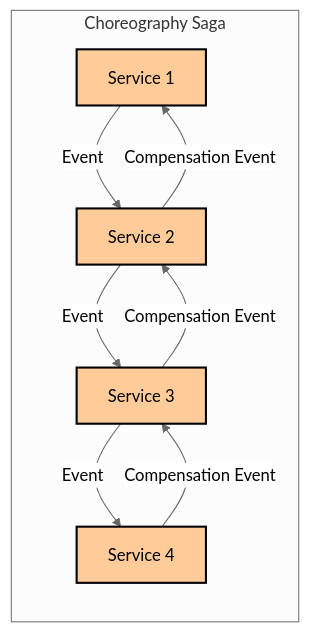
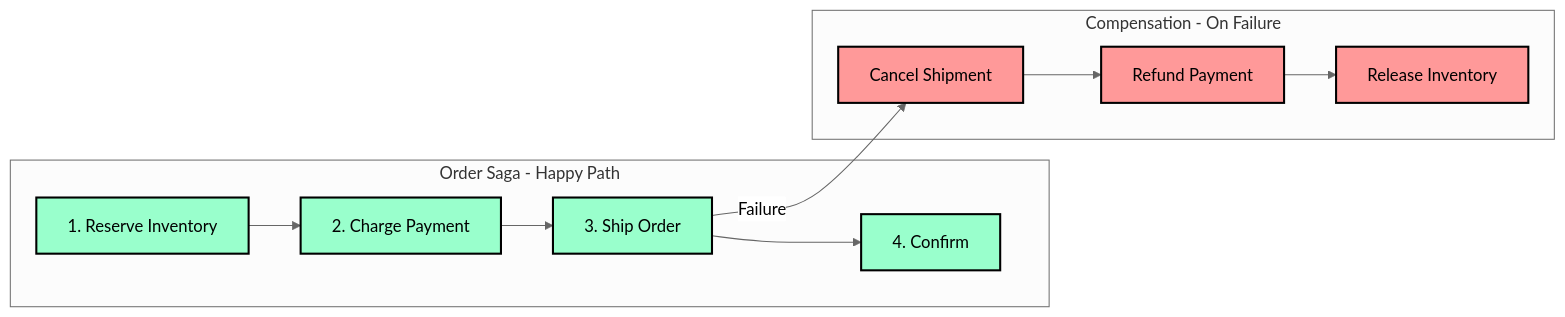
Before and after one commit to sujeet-pro/legacy-personal-site: the seventh of 8 diagrams in v4/content/articles/programming-patterns/javascript-patterns/async-queue-pattern/README.md, drawn with Mermaid (neutral theme). The commit also changed other lines of this file and 115 other files, not shown here.

````diff
--- a/v4/content/articles/programming-patterns/javascript-patterns/async-queue-pattern/README.md
+++ b/v4/content/articles/programming-patterns/javascript-patterns/async-queue-pattern/README.md
@@ -475,19 +529,24 @@
 ```mermaid
 graph LR
-    subgraph "Choreography Saga"
-        S1[Service 1]
-        S2[Service 2]
-        S3[Service 3]
-        S4[Service 4]
+    subgraph "Order Saga - Happy Path"
+        S1[1. Reserve Inventory]
+        S2[2. Charge Payment]
+        S3[3. Ship Order]
+        S4[4. Confirm]
     end
 
-    S1 -->|Event| S2
-    S2 -->|Event| S3
-    S3 -->|Event| S4
-    S4 -->|Compensation Event| S3
-    S3 -->|Compensation Event| S2
-    S2 -->|Compensation Event| S1
+    subgraph "Compensation - On Failure"
+        C3[Cancel Shipment]
+        C2[Refund Payment]
+        C1[Release Inventory]
+    end
 
-    classDef serviceClass fill:#ffcc99,stroke:#000,stroke-width:2px
-    class S1,S2,S3,S4 serviceClass
+    S1 --> S2 --> S3 --> S4
+    S3 -->|Failure| C3 --> C2 --> C1
+
+    classDef stepClass fill:#99ffcc,stroke:#000,stroke-width:2px
+    classDef compClass fill:#ff9999,stroke:#000,stroke-width:2px
+
+    class S1,S2,S3,S4 stepClass
+    class C1,C2,C3 compClass
 ```
````
